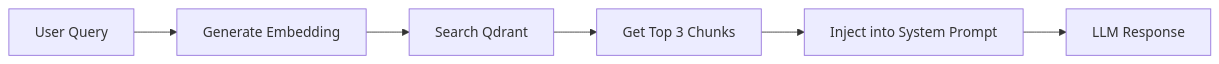
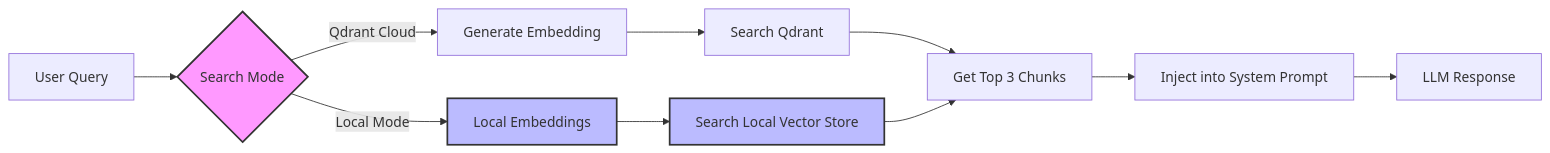
One commit to rhinos0608/rhythm-chamber changed the fourth of 4 diagrams in AGENT_CONTEXT.md. Above: the diagram before and after it, drawn with Mermaid. The commit also changed other lines of this file and 12 other files, not shown here.

First line of the commit message:
Add dual-mode vector search with abort support and storage mismatch detection

````diff
--- a/AGENT_CONTEXT.md
+++ b/AGENT_CONTEXT.md
@@ -991,8 +991,16 @@
 ```mermaid
 flowchart LR
-    A[User Query] --> B[Generate Embedding]
-    B --> C[Search Qdrant]
-    C --> D[Get Top 3 Chunks]
-    D --> E[Inject into System Prompt]
-    E --> F[LLM Response]
+    A[User Query] --> B{Search Mode}
+    B -->|Qdrant Cloud| C[Generate Embedding]
+    B -->|Local Mode| D[Local Embeddings]
+    C --> E[Search Qdrant]
+    D --> F[Search Local Vector Store]
+    E --> G[Get Top 3 Chunks]
+    F --> G
+    G --> H[Inject into System Prompt]
+    H --> I[LLM Response]
+
+    style B fill:#f9f,stroke:#333,stroke-width:2px
+    style D fill:#bbf,stroke:#333,stroke-width:2px
+    style F fill:#bbf,stroke:#333,stroke-width:2px
 ```
````
